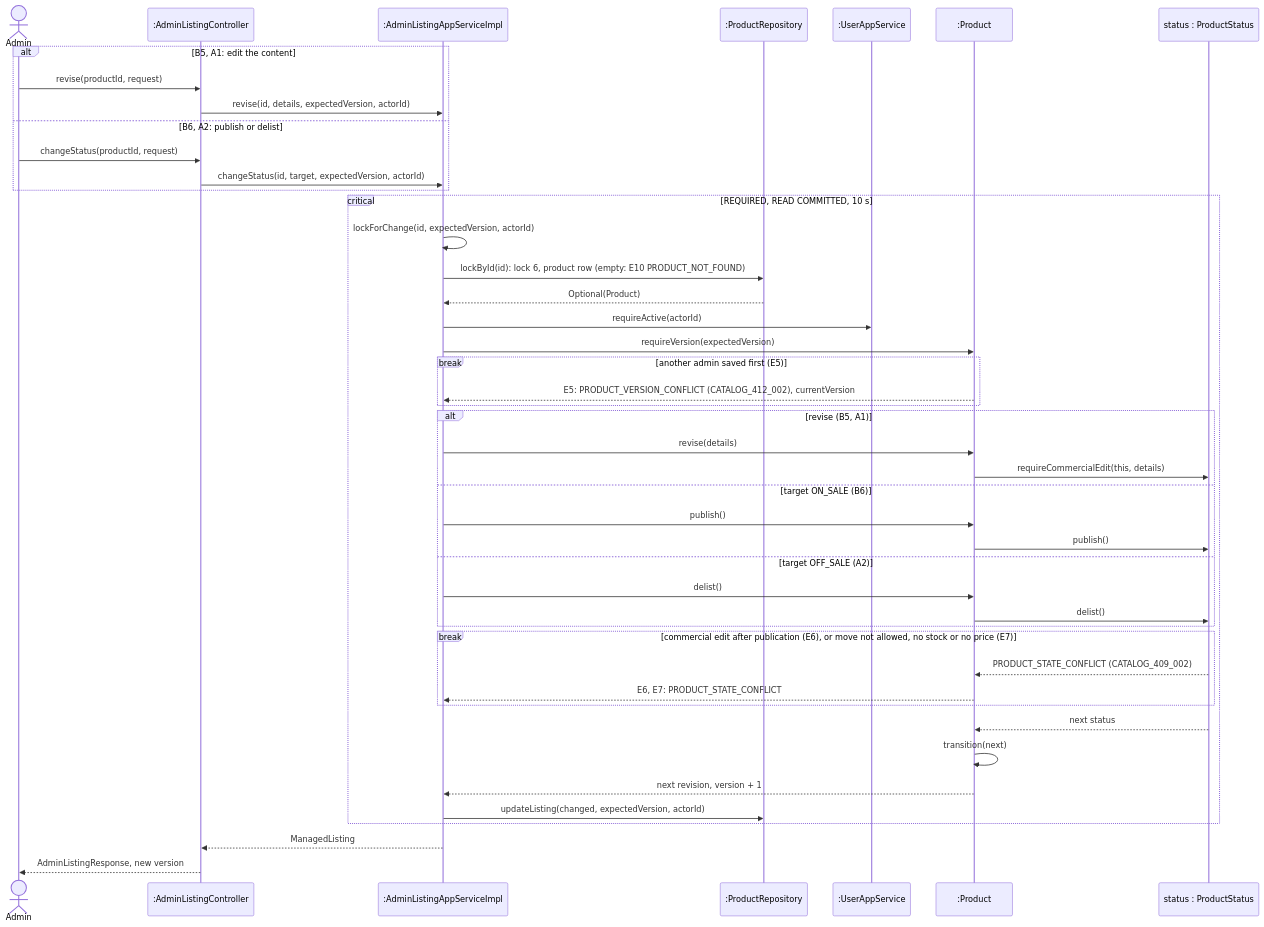
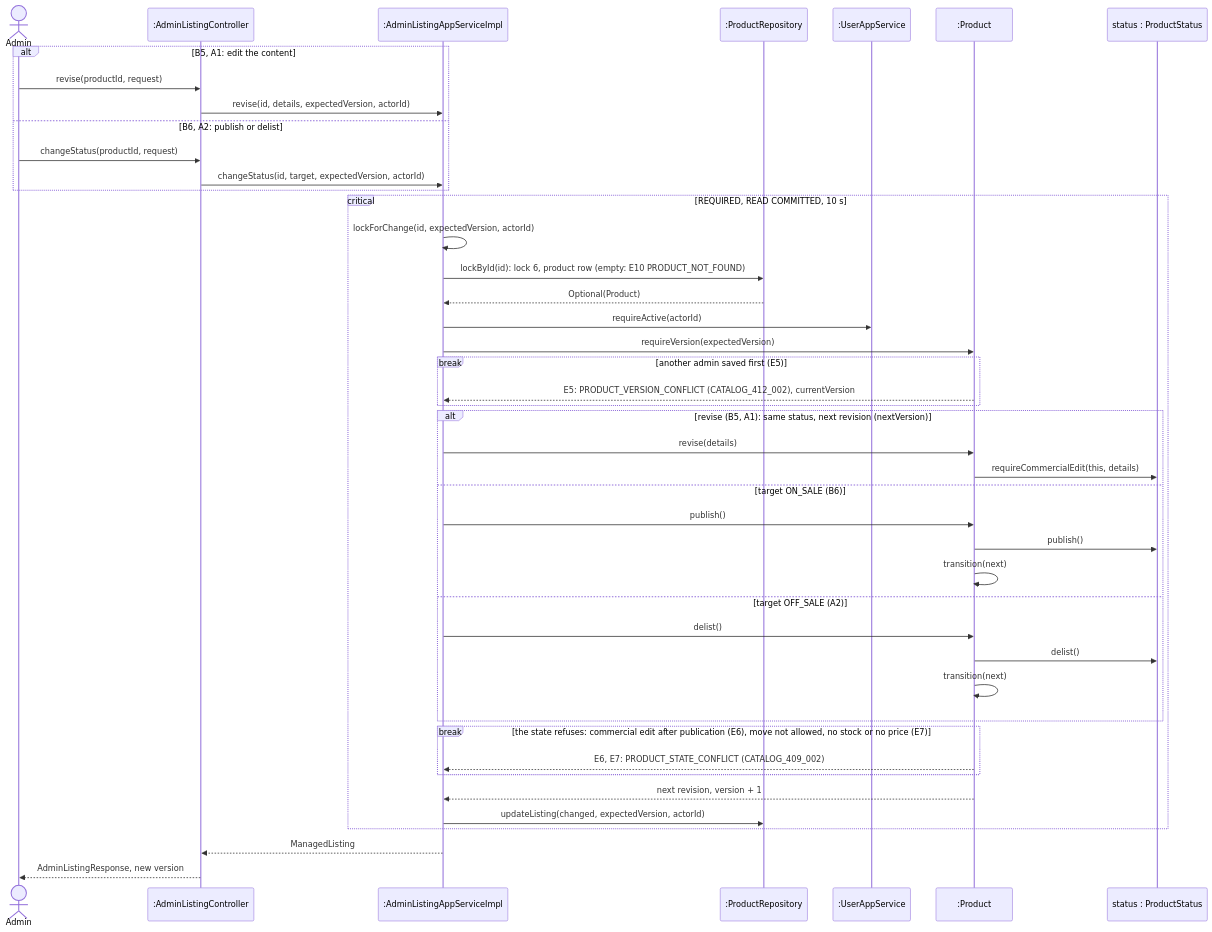
Before and after one commit to PPsyrius/iss-groupbuy-team8: the diagram in docs/swe5001/report/diagrams/appendix-a/src/a-uc09-ds-change.mmd, drawn with Mermaid. The commit also changed 221 other files, not shown here.

```diff
--- a/docs/swe5001/report/diagrams/appendix-a/src/a-uc09-ds-change.mmd
+++ b/docs/swe5001/report/diagrams/appendix-a/src/a-uc09-ds-change.mmd
@@ -1,47 +1,46 @@
-%% frame: UC9 B5, B6, A1, A2: revise or change the state under both locks (design)
+%% frame: UC9 B5, B6, A1, A2: revise or change the state under the row lock and the version check (design)
 sequenceDiagram
     actor Admin
     participant Ctl as :AdminListingController
     participant App as :AdminListingAppServiceImpl
     participant Repo as :ProductRepository
     participant Users as :UserAppService
     participant Prod as :Product
     participant State as status : ProductStatus
 
     alt B5, A1: edit the content
         Admin->>Ctl: revise(productId, request)
         Ctl->>App: revise(id, details, expectedVersion, actorId)
     else B6, A2: publish or delist
         Admin->>Ctl: changeStatus(productId, request)
         Ctl->>App: changeStatus(id, target, expectedVersion, actorId)
     end
     critical REQUIRED, READ COMMITTED, 10 s
         App->>App: lockForChange(id, expectedVersion, actorId)
         App->>Repo: lockById(id): lock 6, product row (empty: E10 PRODUCT_NOT_FOUND)
         Repo-->>App: Optional(Product)
         App->>Users: requireActive(actorId)
         App->>Prod: requireVersion(expectedVersion)
         break another admin saved first (E5)
             Prod-->>App: E5: PRODUCT_VERSION_CONFLICT (CATALOG_412_002), currentVersion
         end
-        alt revise (B5, A1)
+        alt revise (B5, A1): same status, next revision (nextVersion)
             App->>Prod: revise(details)
             Prod->>State: requireCommercialEdit(this, details)
         else target ON_SALE (B6)
             App->>Prod: publish()
             Prod->>State: publish()
+            Prod->>Prod: transition(next)
         else target OFF_SALE (A2)
             App->>Prod: delist()
             Prod->>State: delist()
+            Prod->>Prod: transition(next)
         end
-        break commercial edit after publication (E6), or move not allowed, no stock or no price (E7)
-            State-->>Prod: PRODUCT_STATE_CONFLICT (CATALOG_409_002)
-            Prod-->>App: E6, E7: PRODUCT_STATE_CONFLICT
+        break the state refuses: commercial edit after publication (E6), move not allowed, no stock or no price (E7)
+            Prod-->>App: E6, E7: PRODUCT_STATE_CONFLICT (CATALOG_409_002)
         end
-        State-->>Prod: next status
-        Prod->>Prod: transition(next)
         Prod-->>App: next revision, version + 1
         App->>Repo: updateListing(changed, expectedVersion, actorId)
     end
     App-->>Ctl: ManagedListing
     Ctl-->>Admin: AdminListingResponse, new version
```
